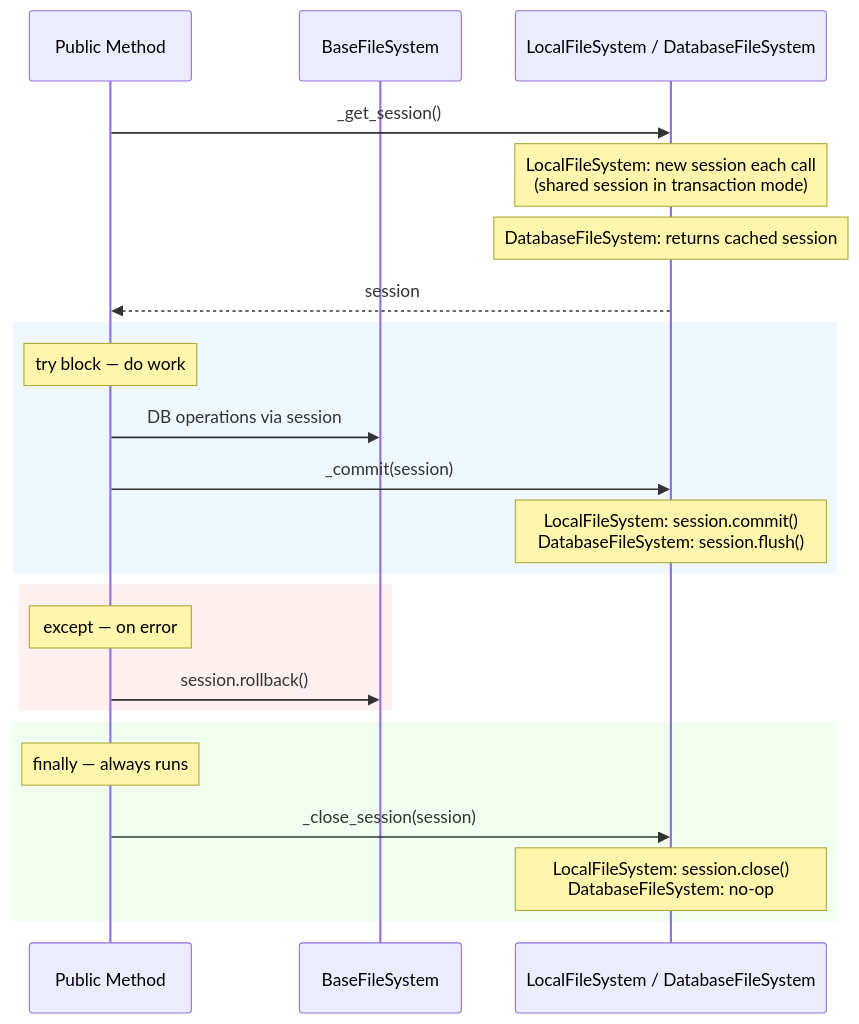
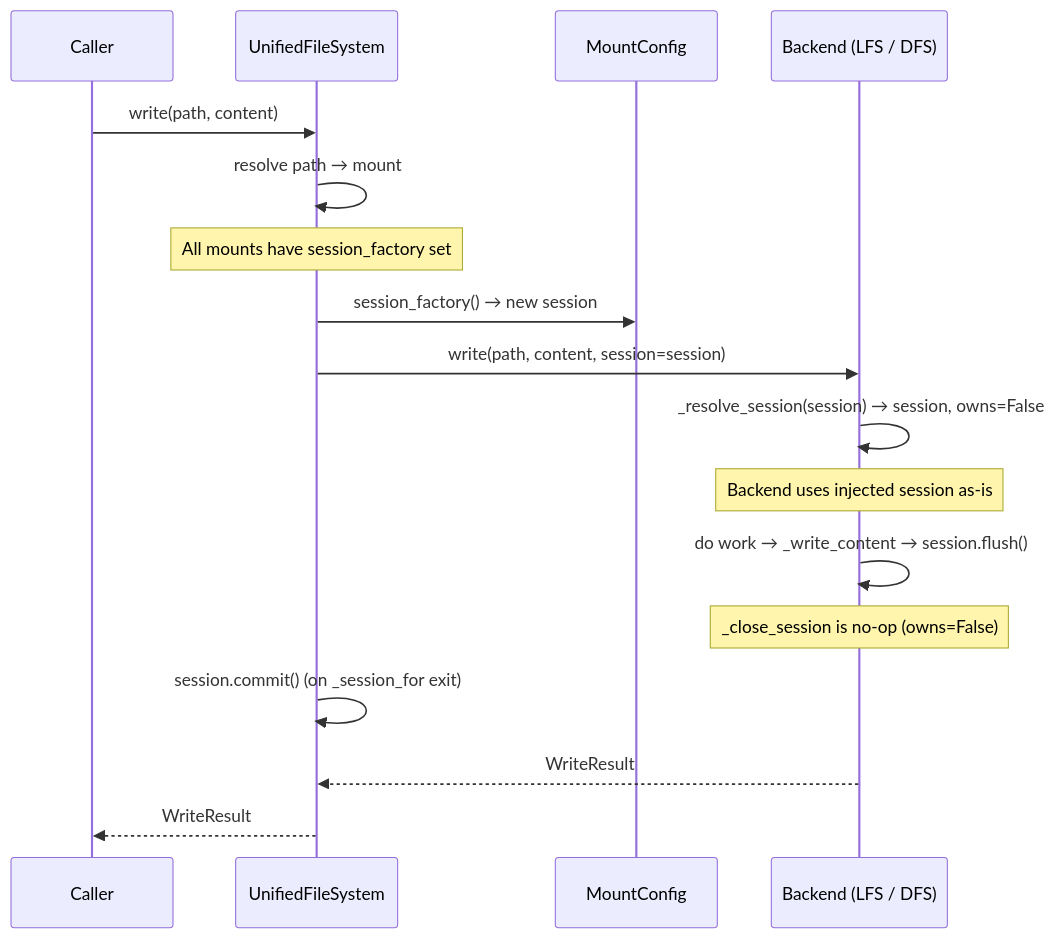
Before and after one commit to ClayGendron/grover: the fourth of 10 diagrams in docs/fs_architecture.md, drawn with Mermaid. The commit also changed other lines of this file and 8 other files, not shown here.

First line of the commit message:
Unify LFS session management: UFS injects sessions for all mounts

````diff
--- a/docs/fs_architecture.md
+++ b/docs/fs_architecture.md
@@ -157,29 +219,22 @@
 ```mermaid
 sequenceDiagram
-    participant Op as Public Method
-    participant BFS as BaseFileSystem
-    participant Sub as LocalFileSystem / DatabaseFileSystem
+    participant Caller
+    participant UFS as UnifiedFileSystem
+    participant MC as MountConfig
+    participant Backend as Backend (LFS / DFS)
 
-    Op->>Sub: _get_session()
-    Note over Sub: LocalFileSystem: new session each call<br/>(shared session in transaction mode)
-    Note over Sub: DatabaseFileSystem: returns cached session
-    Sub-->>Op: session
+    Caller->>UFS: write(path, content)
+    UFS->>UFS: resolve path → mount
 
-    rect rgb(240, 248, 255)
-        Note over Op: try block — do work
-        Op->>BFS: DB operations via session
-        Op->>Sub: _commit(session)
-        Note over Sub: LocalFileSystem: session.commit()<br/>DatabaseFileSystem: session.flush()
-    end
+    Note over UFS: All mounts have session_factory set
+    UFS->>MC: session_factory() → new session
+    UFS->>Backend: write(path, content, session=session)
+    Backend->>Backend: _resolve_session(session) → session, owns=False
+    Note over Backend: Backend uses injected session as-is
+    Backend->>Backend: do work → _write_content → session.flush()
+    Note over Backend: _close_session is no-op (owns=False)
+    UFS->>UFS: session.commit() (on _session_for exit)
 
-    rect rgb(255, 240, 240)
-        Note over Op: except — on error
-        Op->>BFS: session.rollback()
-    end
-
-    rect rgb(240, 255, 240)
-        Note over Op: finally — always runs
-        Op->>Sub: _close_session(session)
-        Note over Sub: LocalFileSystem: session.close()<br/>DatabaseFileSystem: no-op
-    end
+    Backend-->>UFS: WriteResult
+    UFS-->>Caller: WriteResult
 ```
````
